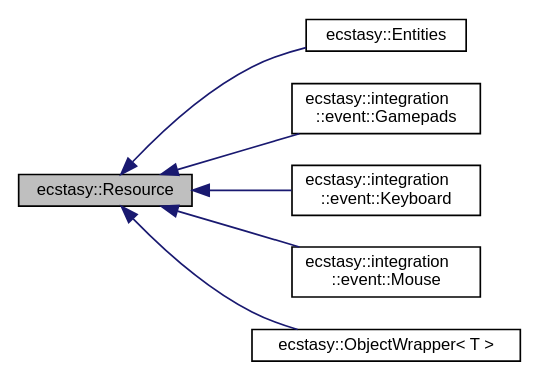
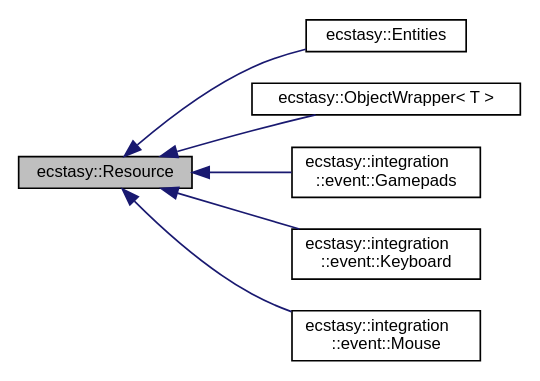
The diagram in classecstasy_1_1_resource__inherit__graph.dot (AndreasLrx/ecstasy), drawn with Graphviz before and after one commit. The commit also changed 1072 other files, not shown here.

```diff
--- a/classecstasy_1_1_resource__inherit__graph.dot
+++ b/classecstasy_1_1_resource__inherit__graph.dot
@@ -1,18 +1,18 @@
 digraph "ecstasy::Resource"
 {
  // LATEX_PDF_SIZE
   edge [fontname="Helvetica",fontsize="10",labelfontname="Helvetica",labelfontsize="10"];
   node [fontname="Helvetica",fontsize="10",shape=record];
   rankdir="LR";
   Node1 [label="ecstasy::Resource",height=0.2,width=0.4,color="black", fillcolor="grey75", style="filled", fontcolor="black",tooltip="Base class of all registry resources."];
   Node1 -> Node2 [dir="back",color="midnightblue",fontsize="10",style="solid",fontname="Helvetica"];
   Node2 [label="ecstasy::Entities",height=0.2,width=0.4,color="black", fillcolor="white", style="filled",URL="$classecstasy_1_1_entities.html",tooltip="Resource holding all the Registry entities."];
   Node1 -> Node3 [dir="back",color="midnightblue",fontsize="10",style="solid",fontname="Helvetica"];
-  Node3 [label="ecstasy::integration\l::event::Gamepads",height=0.2,width=0.4,color="black", fillcolor="white", style="filled",URL="$classecstasy_1_1integration_1_1event_1_1_gamepads.html",tooltip="Current Gamepads states."];
+  Node3 [label="ecstasy::ObjectWrapper\< T \>",height=0.2,width=0.4,color="black", fillcolor="white", style="filled",URL="$classecstasy_1_1_object_wrapper.html",tooltip="Basic object wrapper as a resource."];
   Node1 -> Node4 [dir="back",color="midnightblue",fontsize="10",style="solid",fontname="Helvetica"];
-  Node4 [label="ecstasy::integration\l::event::Keyboard",height=0.2,width=0.4,color="black", fillcolor="white", style="filled",URL="$classecstasy_1_1integration_1_1event_1_1_keyboard.html",tooltip="Current Keyboard state."];
+  Node4 [label="ecstasy::integration\l::event::Gamepads",height=0.2,width=0.4,color="black", fillcolor="white", style="filled",URL="$classecstasy_1_1integration_1_1event_1_1_gamepads.html",tooltip="Current Gamepads states."];
   Node1 -> Node5 [dir="back",color="midnightblue",fontsize="10",style="solid",fontname="Helvetica"];
-  Node5 [label="ecstasy::integration\l::event::Mouse",height=0.2,width=0.4,color="black", fillcolor="white", style="filled",URL="$classecstasy_1_1integration_1_1event_1_1_mouse.html",tooltip="Current mouse state."];
+  Node5 [label="ecstasy::integration\l::event::Keyboard",height=0.2,width=0.4,color="black", fillcolor="white", style="filled",URL="$classecstasy_1_1integration_1_1event_1_1_keyboard.html",tooltip="Current Keyboard state."];
   Node1 -> Node6 [dir="back",color="midnightblue",fontsize="10",style="solid",fontname="Helvetica"];
-  Node6 [label="ecstasy::ObjectWrapper\< T \>",height=0.2,width=0.4,color="black", fillcolor="white", style="filled",URL="$classecstasy_1_1_object_wrapper.html",tooltip="Basic object wrapper as a resource."];
+  Node6 [label="ecstasy::integration\l::event::Mouse",height=0.2,width=0.4,color="black", fillcolor="white", style="filled",URL="$classecstasy_1_1integration_1_1event_1_1_mouse.html",tooltip="Current mouse state."];
 }
```
